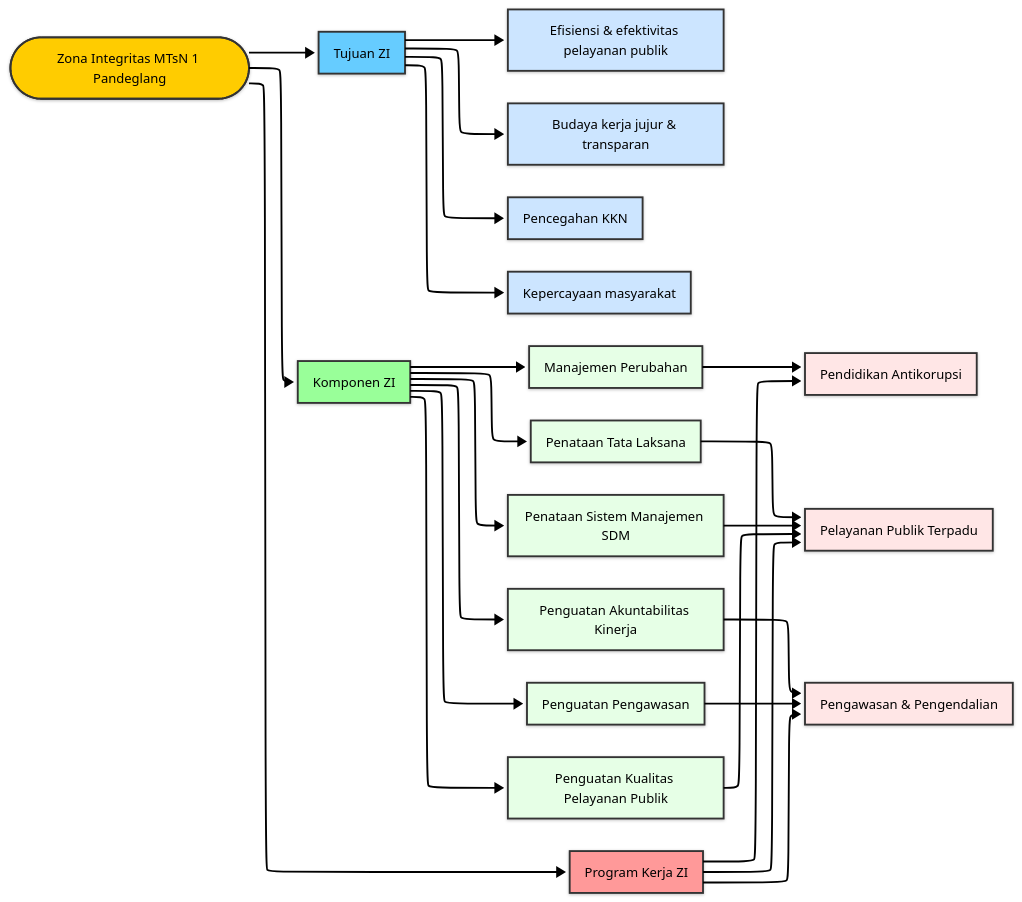
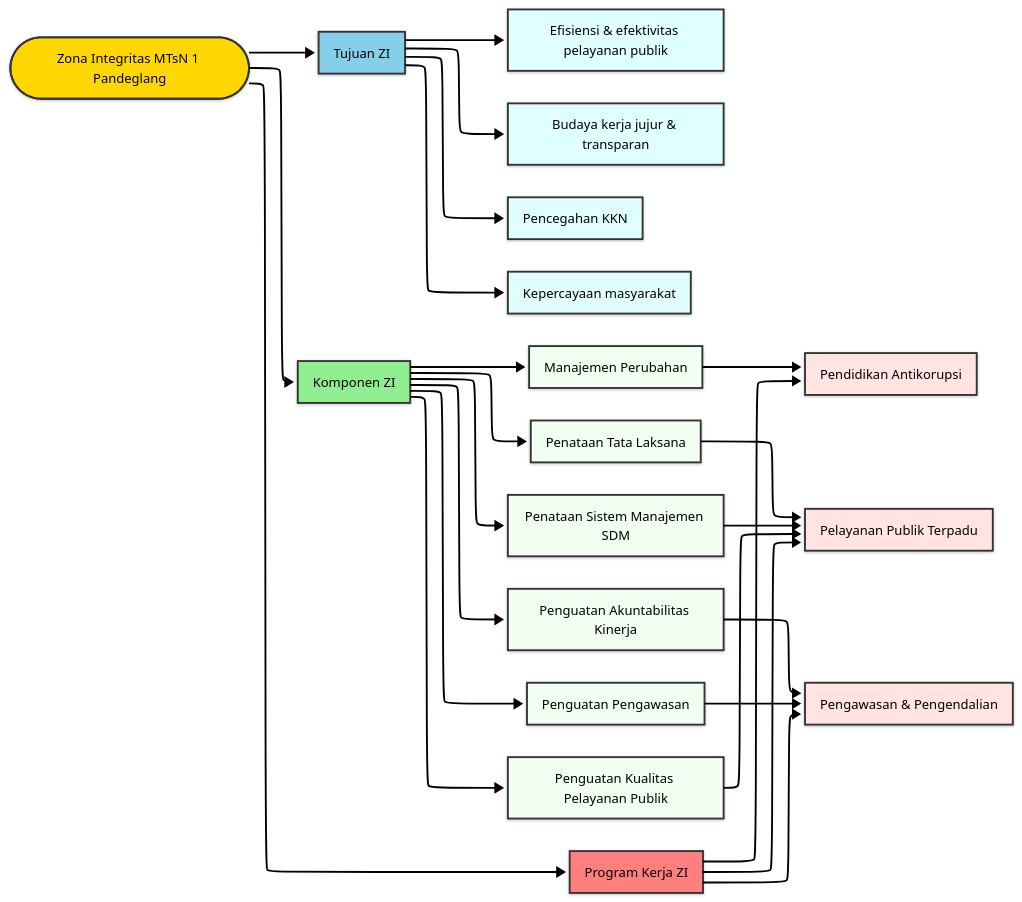
Before and after one commit to zulfikriyahya/zona-integritas: the diagram in readme.md, drawn with Mermaid.

````diff
--- a/readme.md
+++ b/readme.md
@@ -20,57 +20,57 @@
 ```mermaid
 ---
 config:
   theme: neo
   layout: elk
   look: neo
 ---
 flowchart LR
     A(["Zona Integritas MTsN 1 Pandeglang"]) --> B["Tujuan ZI"]
     B --> B1["Efisiensi & efektivitas pelayanan publik"]
     B --> B2["Budaya kerja jujur & transparan"]
     B --> B3["Pencegahan KKN"]
     B --> B4["Kepercayaan masyarakat"]
 
     A --> C["Komponen ZI"]
     C --> C1["Manajemen Perubahan"]
     C --> C2["Penataan Tata Laksana"]
     C --> C3["Penataan Sistem Manajemen SDM"]
     C --> C4["Penguatan Akuntabilitas Kinerja"]
     C --> C5["Penguatan Pengawasan"]
     C --> C6["Penguatan Kualitas Pelayanan Publik"]
 
     A --> D["Program Kerja ZI"]
     D --> D1["Pendidikan Antikorupsi"]
     D --> D2["Pelayanan Publik Terpadu"]
     D --> D3["Pengawasan & Pengendalian"]
 
     %% Hubungan antar komponen dan program
     C1 --> D1
     C2 --> D2
     C3 --> D2
     C4 --> D3
     C5 --> D3
     C6 --> D2
 
     %% Styling warna
-    style A fill:#ffcc00,stroke:#333,stroke-width:2px,color:#000
-    style B fill:#66ccff,stroke:#333,stroke-width:2px,color:#000
-    style B1 fill:#cce5ff,stroke:#333,color:#000
-    style B2 fill:#cce5ff,stroke:#333,color:#000
-    style B3 fill:#cce5ff,stroke:#333,color:#000
-    style B4 fill:#cce5ff,stroke:#333,color:#000
+    style A fill:#FFD700,stroke:#333,stroke-width:2px,color:#000
+    style B fill:#87CEEB,stroke:#333,stroke-width:2px,color:#000
+    style B1 fill:#E0FFFF,stroke:#333,color:#000
+    style B2 fill:#E0FFFF,stroke:#333,color:#000
+    style B3 fill:#E0FFFF,stroke:#333,color:#000
+    style B4 fill:#E0FFFF,stroke:#333,color:#000
 
-    style C fill:#99ff99,stroke:#333,stroke-width:2px,color:#000
-    style C1 fill:#e6ffe6,stroke:#333,color:#000
-    style C2 fill:#e6ffe6,stroke:#333,color:#000
-    style C3 fill:#e6ffe6,stroke:#333,color:#000
-    style C4 fill:#e6ffe6,stroke:#333,color:#000
-    style C5 fill:#e6ffe6,stroke:#333,color:#000
-    style C6 fill:#e6ffe6,stroke:#333,color:#000
+    style C fill:#90EE90,stroke:#333,stroke-width:2px,color:#000
+    style C1 fill:#F0FFF0,stroke:#333,color:#000
+    style C2 fill:#F0FFF0,stroke:#333,color:#000
+    style C3 fill:#F0FFF0,stroke:#333,color:#000
+    style C4 fill:#F0FFF0,stroke:#333,color:#000
+    style C5 fill:#F0FFF0,stroke:#333,color:#000
+    style C6 fill:#F0FFF0,stroke:#333,color:#000
 
-    style D fill:#ff9999,stroke:#333,stroke-width:2px,color:#000
-    style D1 fill:#ffe6e6,stroke:#333,color:#000
-    style D2 fill:#ffe6e6,stroke:#333,color:#000
-    style D3 fill:#ffe6e6,stroke:#333,color:#000
+    style D fill:#FF7F7F,stroke:#333,stroke-width:2px,color:#000
+    style D1 fill:#FFE4E1,stroke:#333,color:#000
+    style D2 fill:#FFE4E1,stroke:#333,color:#000
+    style D3 fill:#FFE4E1,stroke:#333,color:#000
 
 ```
````
